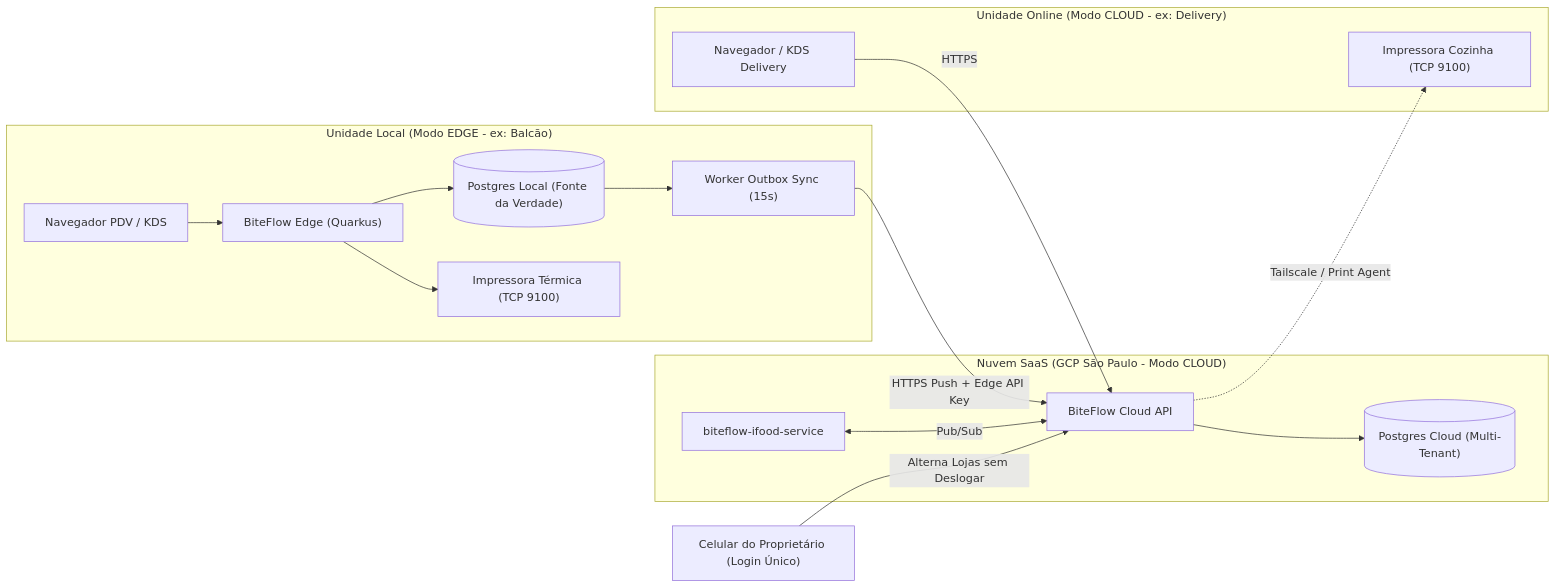
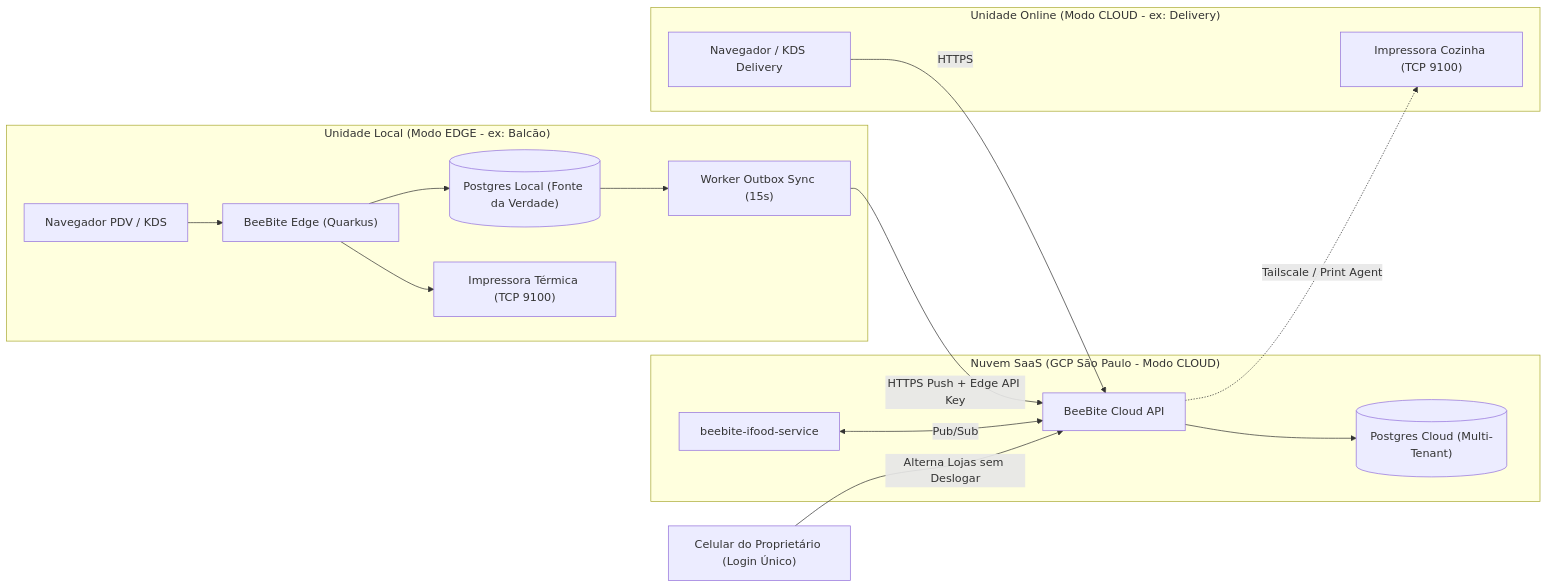
Before and after one commit to TrinusPhere/beebite-backend: the diagram in docs/avaliacao_arquitetura_prd_chefs_burguer.md, drawn with Mermaid. The commit also changed other lines of this file and 16 other files, not shown here.

````diff
--- a/docs/avaliacao_arquitetura_prd_chefs_burguer.md
+++ b/docs/avaliacao_arquitetura_prd_chefs_burguer.md
@@ -27,22 +27,22 @@
 ```mermaid
 flowchart LR
     subgraph LojaEdge["Unidade Local (Modo EDGE - ex: Balcão)"]
-        PDV["Navegador PDV / KDS"] --> EdgeApp["BiteFlow Edge (Quarkus)"]
+        PDV["Navegador PDV / KDS"] --> EdgeApp["BeeBite Edge (Quarkus)"]
         EdgeApp --> EdgeDB[("Postgres Local (Fonte da Verdade)")]
         EdgeApp --> PrinterLocal["Impressora Térmica (TCP 9100)"]
         EdgeDB --> Outbox["Worker Outbox Sync (15s)"]
     end
 
     subgraph Nuvem["Nuvem SaaS (GCP São Paulo - Modo CLOUD)"]
-        Outbox -->|"HTTPS Push + Edge API Key"| CloudApp["BiteFlow Cloud API"]
-        IfoodSvc["biteflow-ifood-service"] <-->|"Pub/Sub"| CloudApp
+        Outbox -->|"HTTPS Push + Edge API Key"| CloudApp["BeeBite Cloud API"]
+        IfoodSvc["beebite-ifood-service"] <-->|"Pub/Sub"| CloudApp
         CloudApp --> CloudDB[("Postgres Cloud (Multi-Tenant)")]
     end
 
     subgraph LojaCloud["Unidade Online (Modo CLOUD - ex: Delivery)"]
         PDVDel["Navegador / KDS Delivery"] -->|"HTTPS"| CloudApp
         CloudApp -.->|"Tailscale / Print Agent"| PrinterDel["Impressora Cozinha (TCP 9100)"]
     end
 
     CelularDono["Celular do Proprietário (Login Único)"] -->|"Alterna Lojas sem Deslogar"| CloudApp
 ```
````
